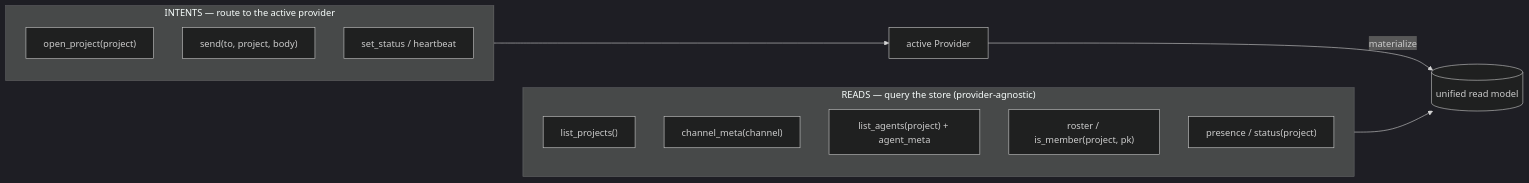
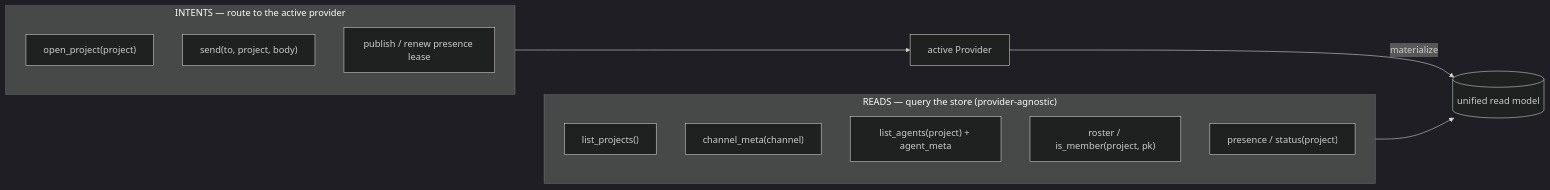
The third of 6 diagrams in docs/fabric-architecture.md (pablof7z/tenex-edge), drawn with Mermaid (dark theme) before and after one commit. The commit also changed other lines of this file and 97 other files, not shown here.

````diff
--- a/docs/fabric-architecture.md
+++ b/docs/fabric-architecture.md
@@ -221,20 +221,20 @@
 ```mermaid
 flowchart LR
     subgraph R["READS — query the store (provider-agnostic)"]
         r0["list_projects()"]
         r1["channel_meta(channel)"]
         r2["list_agents(project) + agent_meta"]
         r3["roster / is_member(project, pk)"]
         r4["presence / status(project)"]
     end
     subgraph I["INTENTS — route to the active provider"]
         i0["open_project(project)"]
         i1["send(to, project, body)"]
-        i2["set_status / heartbeat"]
+        i2["publish / renew presence lease"]
     end
     STORE[("unified read model")]
     PROV["active Provider"]
     R --> STORE
     I --> PROV
     PROV -- materialize --> STORE
 ```
````
